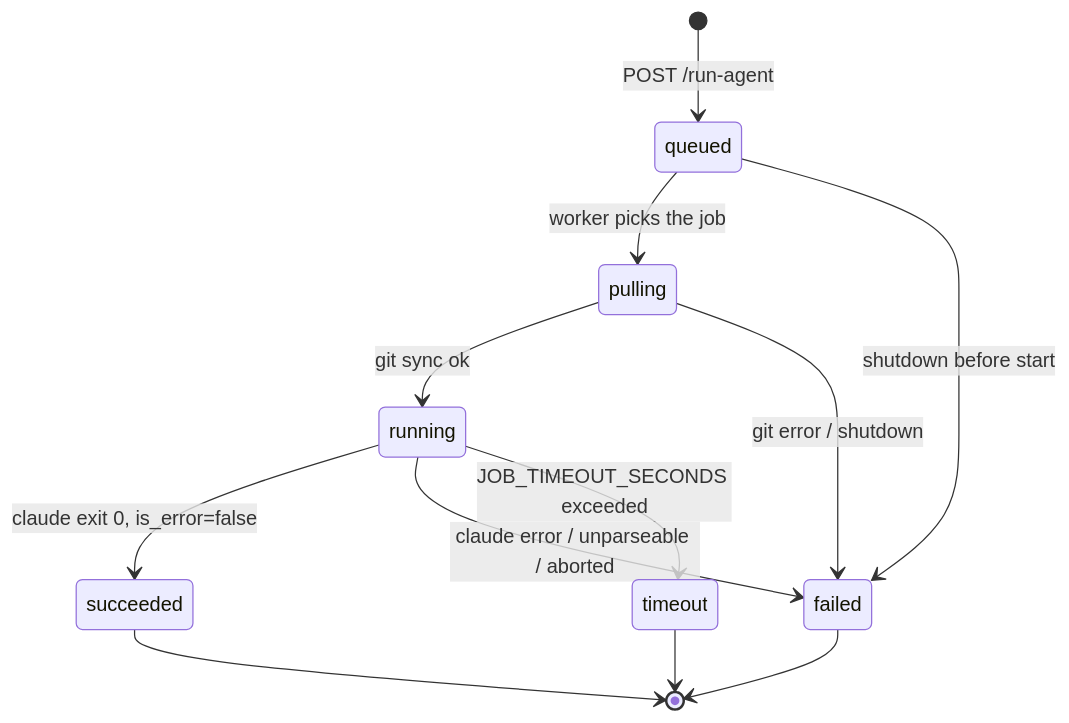
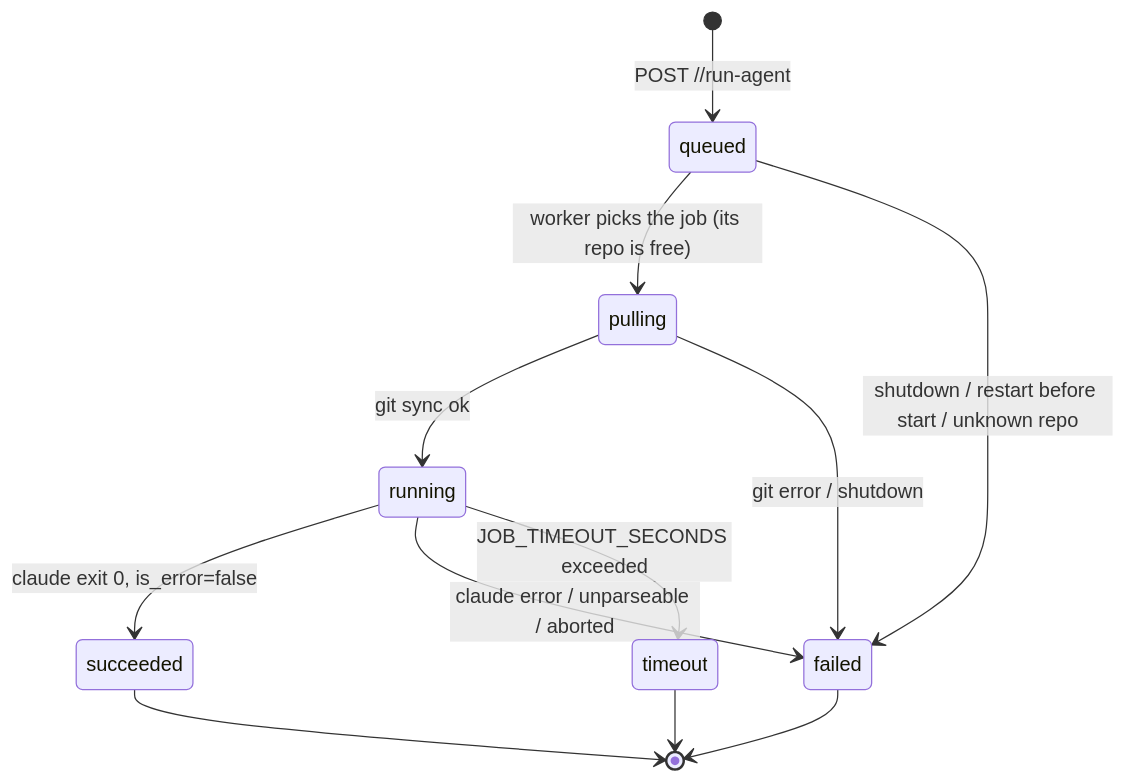
The second of 3 diagrams in docs/architecture/ARCHITECTURE.md (buitahau/cloud-agent), drawn with Mermaid before and after one commit. The commit also changed other lines of this file and 30 other files, not shown here.

First line of the commit message:
Add multi-repo support, job persistence and admin dashboard

````diff
--- a/docs/architecture/ARCHITECTURE.md
+++ b/docs/architecture/ARCHITECTURE.md
@@ -51,14 +63,14 @@
 ```mermaid
 stateDiagram-v2
-    [*] --> queued: POST /run-agent
-    queued --> pulling: worker picks the job
-    queued --> failed: shutdown before start
+    [*] --> queued: POST /<repo>/run-agent
+    queued --> pulling: worker picks the job (its repo is free)
+    queued --> failed: shutdown / restart before start / unknown repo
     pulling --> running: git sync ok
     pulling --> failed: git error / shutdown
     running --> succeeded: claude exit 0, is_error=false
     running --> failed: claude error / unparseable / aborted
     running --> timeout: JOB_TIMEOUT_SECONDS exceeded
     succeeded --> [*]
     failed --> [*]
     timeout --> [*]
 ```
````
